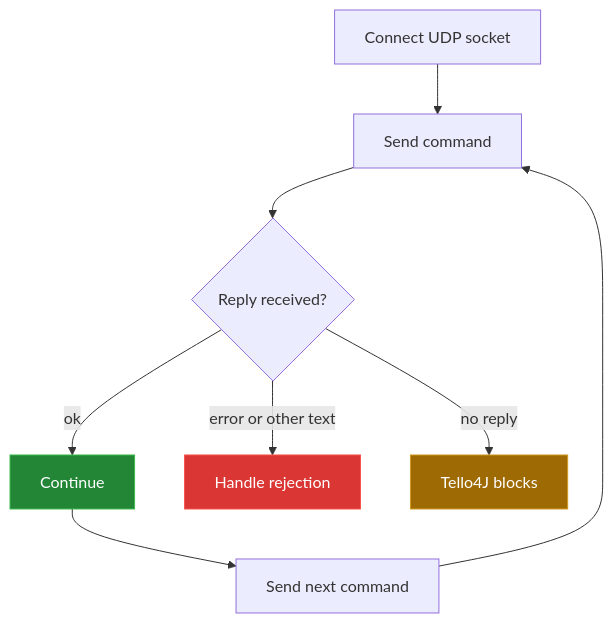
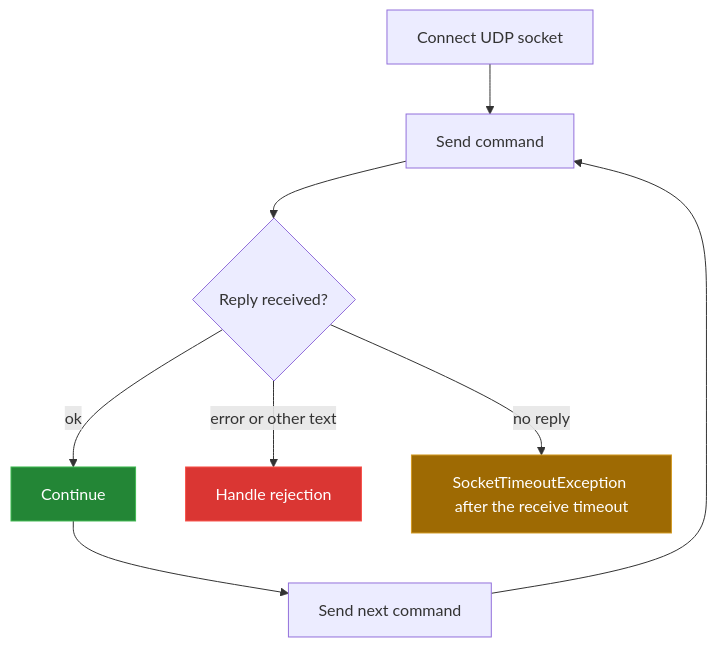
The second of 2 diagrams in docs/protocol.md (Bissbert/Tello4J), drawn with Mermaid before and after one commit. The commit also changed other lines of this file and 7 other files, not shown here.

````diff
--- a/docs/protocol.md
+++ b/docs/protocol.md
@@ -70,14 +70,14 @@
 ```mermaid
 flowchart TD
     A["Connect UDP socket"] --> B["Send command"]
     B --> C{"Reply received?"}
     C -->|"ok"| D["Continue"]
     C -->|"error or other text"| E["Handle rejection"]
-    C -->|"no reply"| F["Tello4J blocks"]
+    C -->|"no reply"| F["SocketTimeoutException after the receive timeout"]
     D --> G["Send next command"]
     G --> B
 
     style D fill:#238636,stroke:#3fb950,color:#fff
     style E fill:#da3633,stroke:#f85149,color:#fff
     style F fill:#9e6a03,stroke:#d29922,color:#fff
 ```
````
